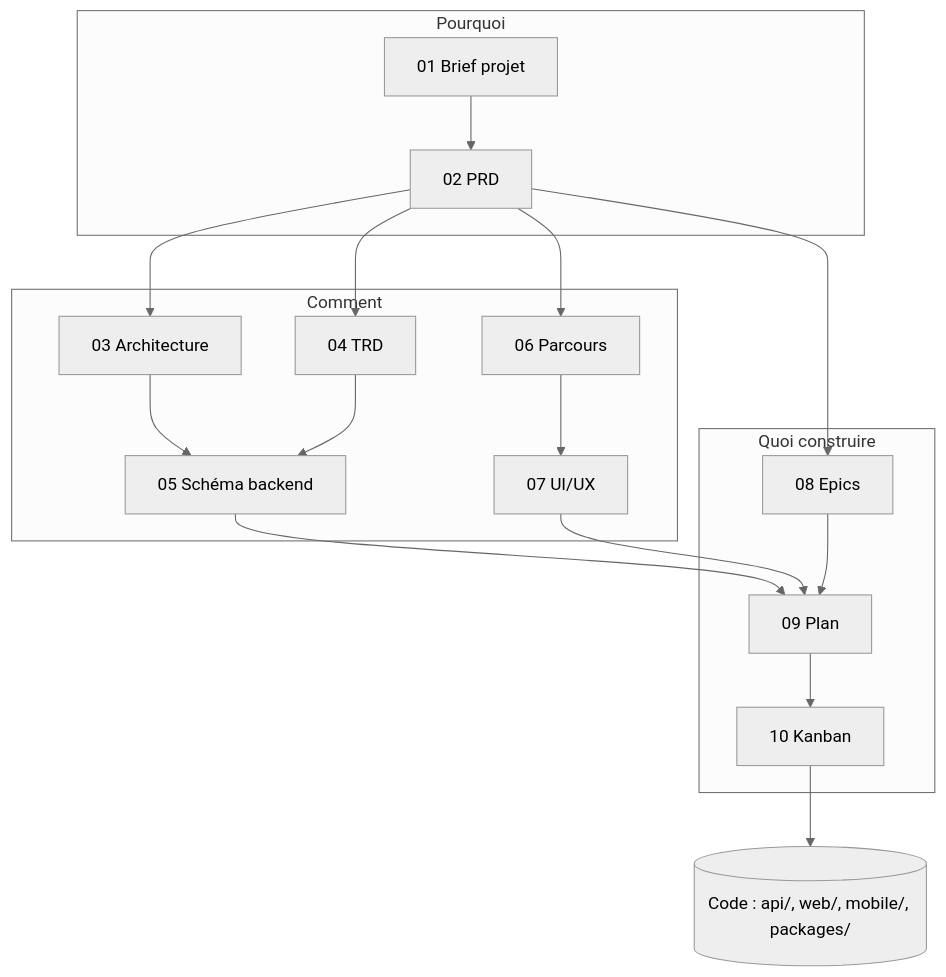
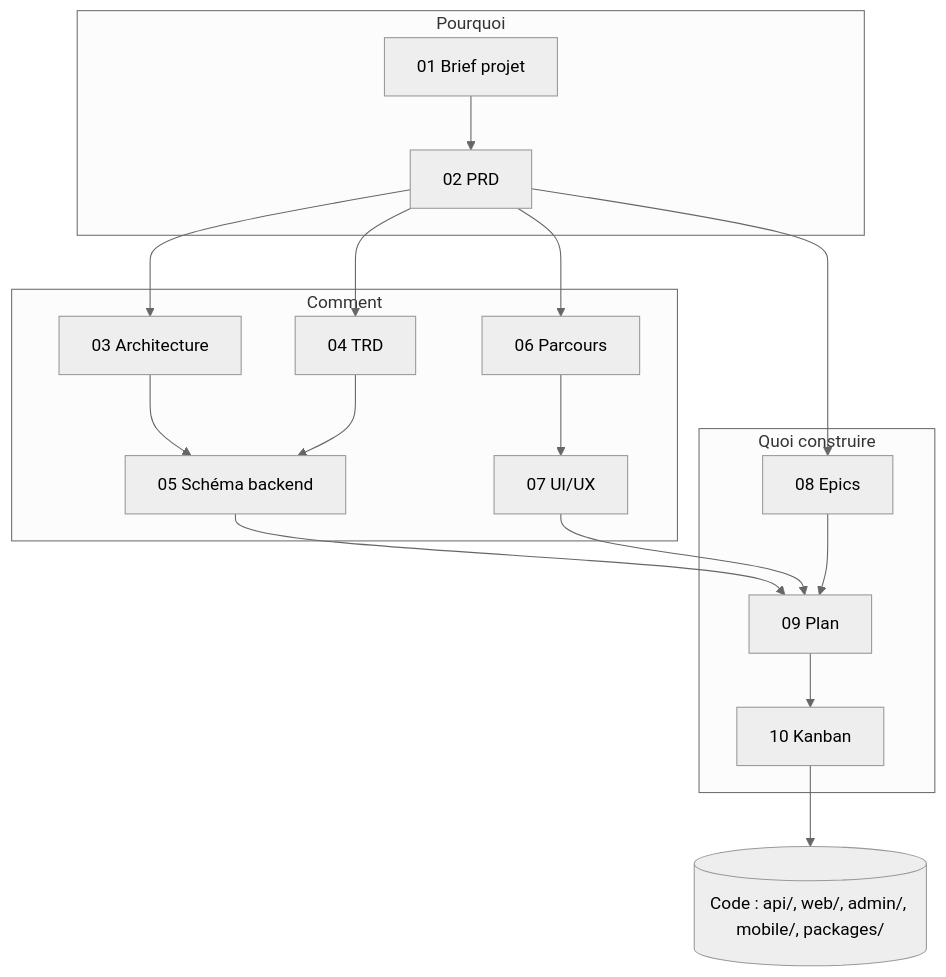
Before and after one commit to maximejolivet/ludmigo: the first of 2 diagrams in docs/00_INDEX.md, drawn with Mermaid (neutral theme). The commit also changed other lines of this file and 7 other files, not shown here.

````diff
--- a/docs/00_INDEX.md
+++ b/docs/00_INDEX.md
@@ -24,38 +24,38 @@
 ```mermaid
 flowchart TD
     D01["01 Brief projet"]
     D02["02 PRD"]
     D03["03 Architecture"]
     D04["04 TRD"]
     D05["05 Schéma backend"]
     D06["06 Parcours"]
     D07["07 UI/UX"]
     D08["08 Epics"]
     D09["09 Plan"]
     D10["10 Kanban"]
-    CODE[("Code : api/, web/, mobile/, packages/")]
+    CODE[("Code : api/, web/, admin/, mobile/, packages/")]
 
     D01 --> D02
     D02 --> D03 & D04 & D06 & D08
     D03 & D04 --> D05
     D06 --> D07
     D05 & D07 & D08 --> D09 --> D10
     D10 --> CODE
 
     subgraph WHY["Pourquoi"]
         D01
         D02
     end
     subgraph HOW["Comment"]
         D03
         D04
         D05
         D06
         D07
     end
     subgraph DO["Quoi construire"]
         D08
         D09
         D10
     end
 ```
````
